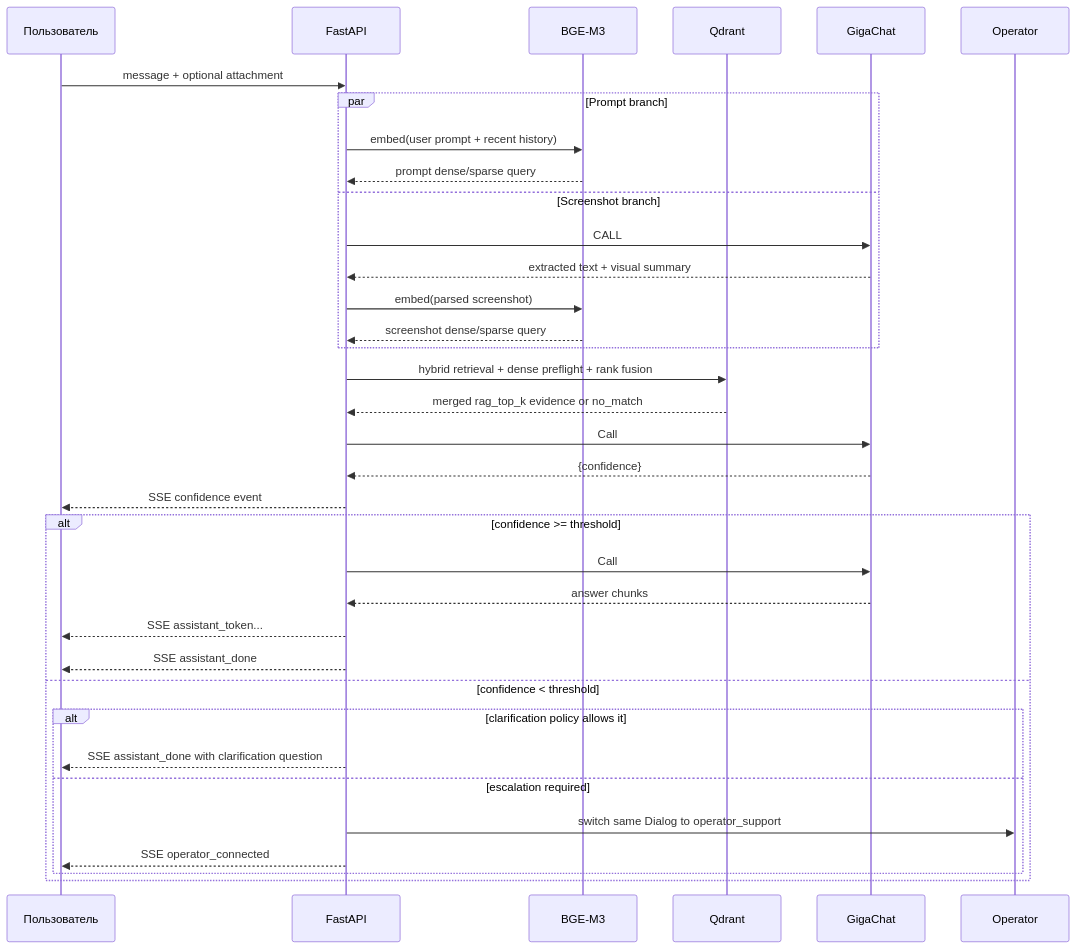
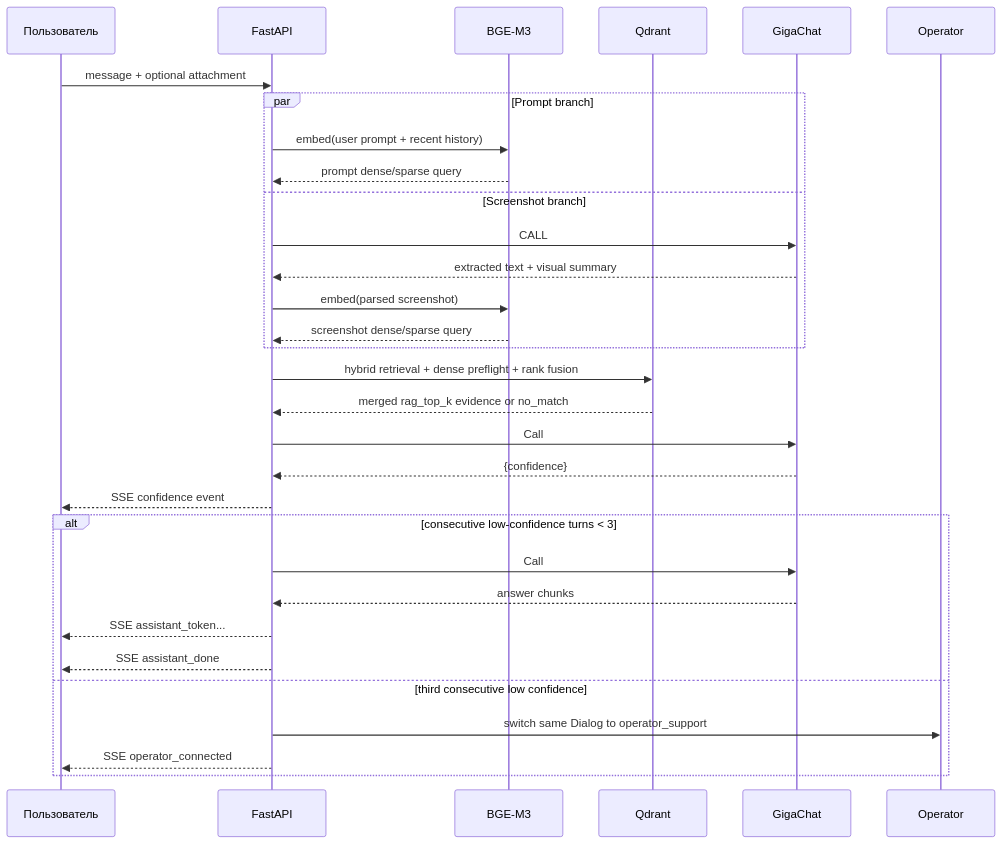
One commit to MrDoodeth/sber-molvest-hackaton changed the second of 2 diagrams in ARCHITECTURE.md. Above: the diagram before and after it, drawn with Mermaid. The commit also changed other lines of this file and 3 other files, not shown here.

Commit message:
fix: escalate after three low confidence turns

````diff
--- a/ARCHITECTURE.md
+++ b/ARCHITECTURE.md
@@ -1221,41 +1222,37 @@
 ```mermaid
 sequenceDiagram
     participant U as Пользователь
     participant API as FastAPI
     participant EMB as BGE-M3
     participant Q as Qdrant
     participant G as GigaChat
     participant E as Operator
 
     U->>API: message + optional attachment
 
     par Prompt branch
         API->>EMB: embed(user prompt + recent history)
         EMB-->>API: prompt dense/sparse query
     and Screenshot branch
         API->>G: CALL #0 screenshot parse
         G-->>API: extracted text + visual summary
         API->>EMB: embed(parsed screenshot)
         EMB-->>API: screenshot dense/sparse query
     end
     API->>Q: hybrid retrieval + dense preflight + rank fusion
     Q-->>API: merged rag_top_k evidence or no_match
 
     API->>G: Call #1 structured confidence
     G-->>API: {confidence}
     API-->>U: SSE confidence event
 
-    alt confidence >= threshold
+    alt consecutive low-confidence turns < 3
         API->>G: Call #2 user answer with same context
         G-->>API: answer chunks
         API-->>U: SSE assistant_token...
         API-->>U: SSE assistant_done
-    else confidence < threshold
-        alt clarification policy allows it
-            API-->>U: SSE assistant_done with clarification question
-        else escalation required
-            API->>E: switch same Dialog to operator_support
-            API-->>U: SSE operator_connected
-        end
+    else third consecutive low confidence
+        API->>E: switch same Dialog to operator_support
+        API-->>U: SSE operator_connected
     end
 ```
````
